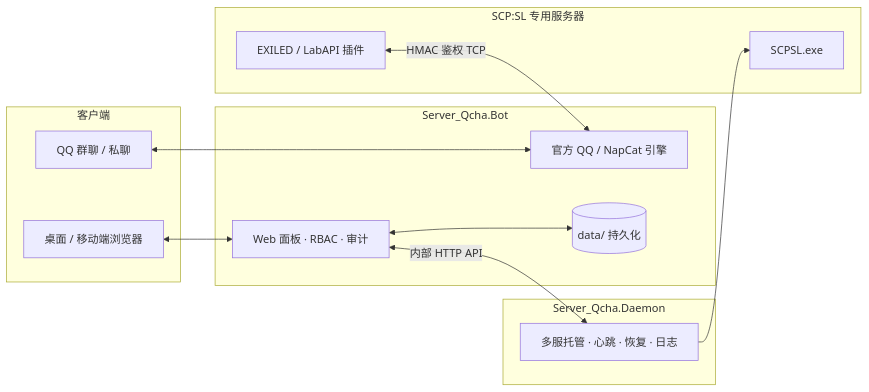
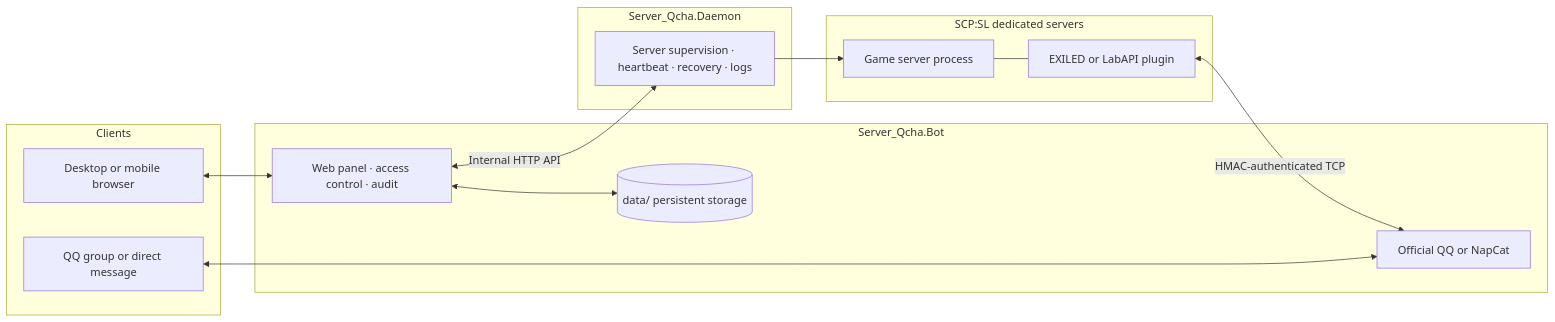
Before and after one commit to jikekei/Server_Qchat: the diagram in README.md, drawn with Mermaid. The commit also changed other lines of this file and 1 other file, not shown here.

````diff
--- a/README.md
+++ b/README.md
@@ -107,29 +90,26 @@
 ```mermaid
 graph LR
-  subgraph Clients["客户端"]
-    Browser["桌面 / 移动端浏览器"]
-    QQ["QQ 群聊 / 私聊"]
+  subgraph Clients["Clients"]
+    Browser["Desktop or mobile browser"]
+    QQ["QQ group or direct message"]
   end
-
   subgraph BotHost["Server_Qcha.Bot"]
-    Web["Web 面板 · RBAC · 审计"]
-    Bot["官方 QQ / NapCat 引擎"]
-    Data[("data/ 持久化")]
+    Web["Web panel · access control · audit"]
+    Bot["Official QQ or NapCat"]
+    Data[("data/ persistent storage")]
   end
-
   subgraph Supervisor["Server_Qcha.Daemon"]
-    Manager["多服托管 · 心跳 · 恢复 · 日志"]
+    Manager["Server supervision · heartbeat · recovery · logs"]
   end
-
-  subgraph Servers["SCP:SL 专用服务器"]
-    Game["SCPSL.exe"]
-    Plugin["EXILED / LabAPI 插件"]
+  subgraph Servers["SCP:SL dedicated servers"]
+    Game["Game server process"]
+    Plugin["EXILED or LabAPI plugin"]
   end
-
   Browser <--> Web
   Web <--> Data
   QQ <--> Bot
-  Web <-->|内部 HTTP API| Manager
+  Web <-->|Internal HTTP API| Manager
   Manager --> Game
-  Plugin <-->|HMAC 鉴权 TCP| Bot
+  Game --- Plugin
+  Plugin <-->|HMAC-authenticated TCP| Bot
 ```
````
